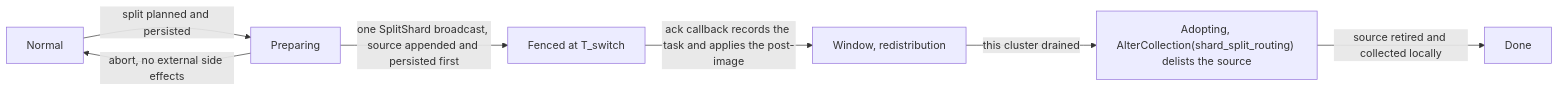
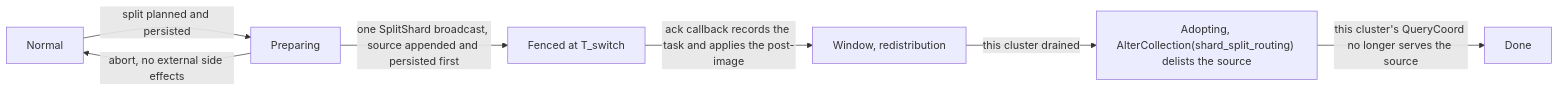
The first of 4 diagrams in docs/design-docs/design_docs/20260610-shard_split.md (milvus-io/milvus), drawn with Mermaid before and after one commit. The commit also changed other lines of this file and 1 other file, not shown here.

First line of the commit message:
doc: align the shard split design with the rewrite, read-path and Done decisions

````diff
--- a/docs/design-docs/design_docs/20260610-shard_split.md
+++ b/docs/design-docs/design_docs/20260610-shard_split.md
@@ -417,9 +439,9 @@
 ```mermaid
 flowchart LR
     IDLE["Normal"] -->|"split planned and persisted"| PREP["Preparing"]
     PREP -->|"abort, no external side effects"| IDLE
     PREP -->|"one SplitShard broadcast, source appended and persisted first"| FENCE["Fenced at T_switch"]
     FENCE -->|"ack callback records the task and applies the post-image"| WIN["Window, redistribution"]
     WIN -->|"this cluster drained"| ADOPT["Adopting, AlterCollection(shard_split_routing) delists the source"]
-    ADOPT -->|"source retired and collected locally"| DONE["Done"]
+    ADOPT -->|"this cluster's QueryCoord no longer serves the source"| DONE["Done"]
 ```
````
